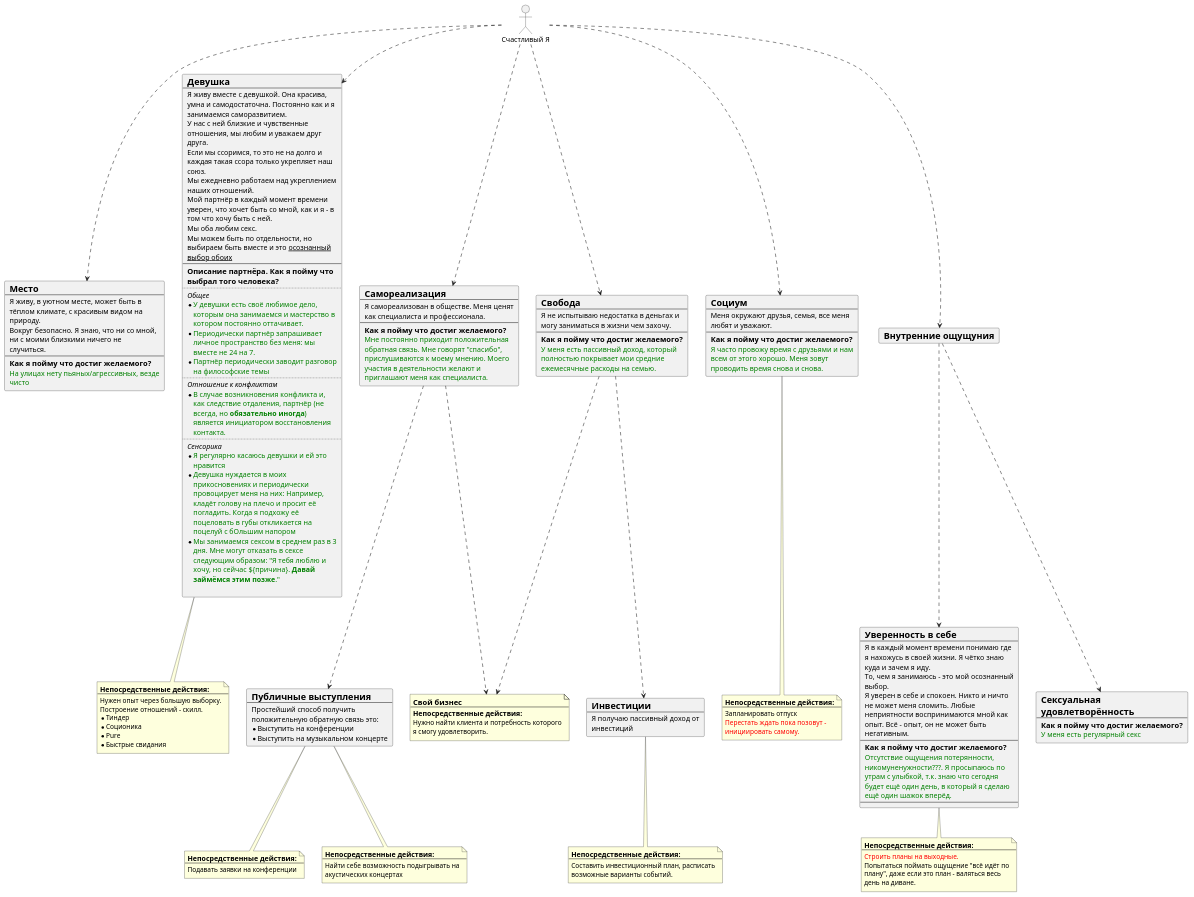
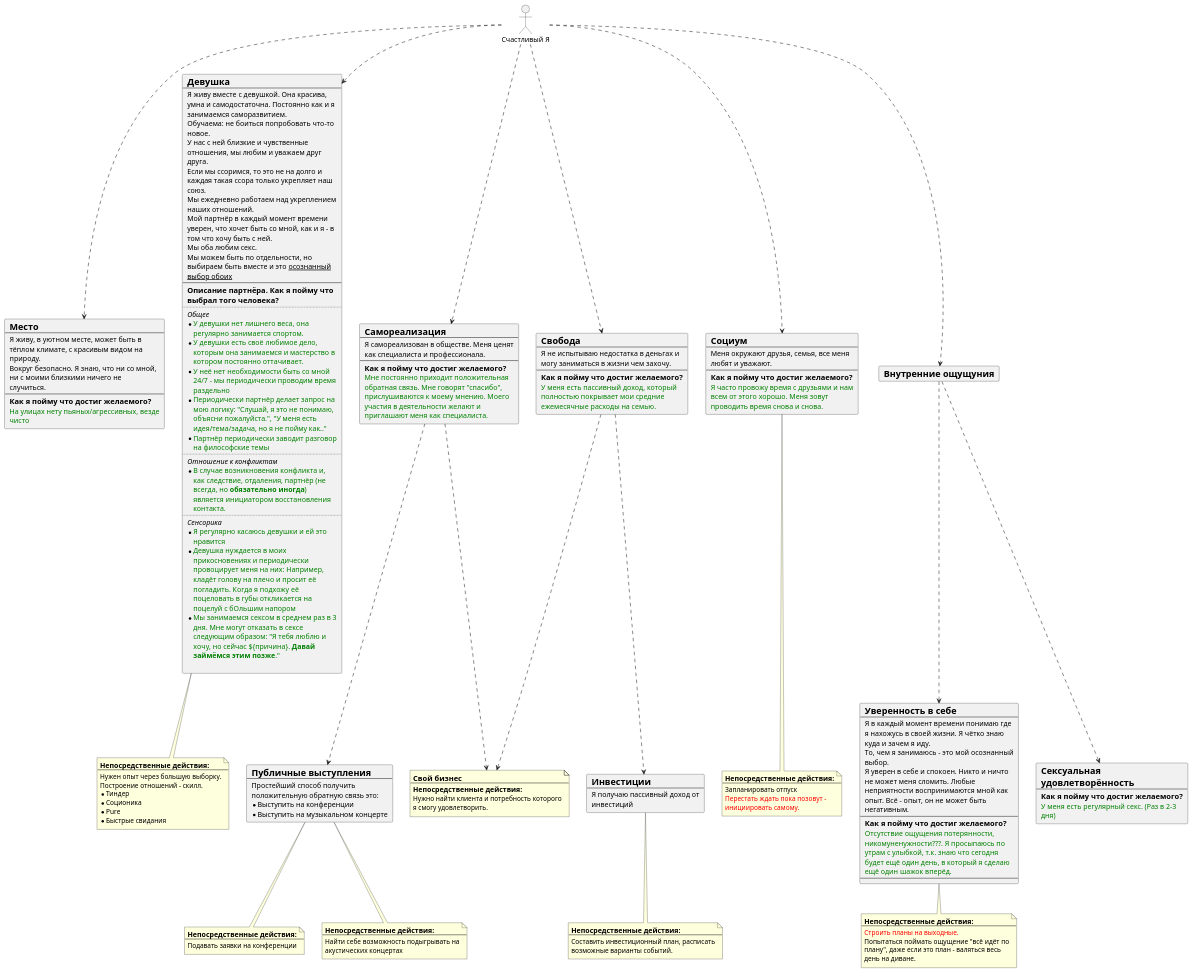
Before and after one commit to roasher/project-life: the diagram in docs/life.puml, drawn with PlantUML.

Commit message:
iteration

```diff
--- a/docs/life.puml
+++ b/docs/life.puml
@@ -1,169 +1,172 @@
 @startuml
 skinparam wrapWidth 300
 actor Happy_Me as "Счастливый Я"
 
 card Environment [
 =Место
 ----
 Я живу, в уютном месте, может быть в тёплом климате, с красивым видом на природу.
 Вокруг безопасно. Я знаю, что ни со мной, ни с моими близкими ничего не случиться.
 ----
 ===Как я пойму что достиг желаемого?
 <color:green>На улицах нету пьяных/агрессивных, везде чисто</color>
 ]
 
 card Girlfriend [
 =Девушка
 ----
 Я живу вместе с девушкой. Она красива, умна и самодостаточна. Постоянно как и я занимаемся саморазвитием.
+Обучаема: не боиться попробовать что-то новое.
 У нас с ней близкие и чувственные отношения, мы любим и уважаем друг друга.
 Если мы ссоримся, то это не на долго и каждая такая ссора только укрепляет наш союз.
 Мы ежедневно работаем над укреплением наших отношений.
 Мой партнёр в каждый момент времени уверен, что хочет быть со мной, как и я - в том что хочу быть с ней.
 Мы оба любим секс.
 Мы можем быть по отдельности, но выбираем быть вместе и это <u>осознанный выбор обоих</u>
 ----
 ===Описание партнёра. Как я пойму что выбрал того человека?
 ....
 ====Общее
+* <color:green>У девушки нет лишнего веса, она регулярно занимается спортом.</color>
 * <color:green>У девушки есть своё любимое дело, которым она занимаемся и мастерство в котором постоянно оттачивает.</color>
-* <color:green>Периодически партнёр запрашивает личное пространство без меня: мы вместе не 24 на 7.</color>
+* <color:green>У неё нет необходимости быть со мной 24/7 - мы периодически проводим время раздельно</color>
+* <color:green>Периодически партнёр делает запрос на мою логику: "Слушай, я это не понимаю, объясни пожалуйста.", "У меня есть идея/тема/задача, но я не пойму как.."</color>
 * <color:green>Партнёр периодически заводит разговор на философские темы</color>
 ....
 ====Отношение к конфликтам
-* <color:green>В случае возникновения конфликта и, как следствие отдаления, партнёр (не всегда, но **обязательно иногда**) является инициатором восстановления контакта.</color>
+* <color:green>В случае возникновения конфликта и, как следствие, отдаления, партнёр (не всегда, но **обязательно иногда**) является инициатором восстановления контакта.</color>
 ....
 ====Сенсорика
 * <color:green>Я регулярно касаюсь девушки и ей это нравится</color>
 * <color:green>Девушка нуждается в моих прикосновениях и периодически провоцирует меня на них: Например, кладёт голову на плечо и просит её погладить. Когда я подхожу её поцеловать в губы откликается на поцелуй с бОльшим напором</color>
 * <color:green>Мы занимаемся сексом в среднем раз в 3 дня. Мне могут отказать в сексе следующим образом: "Я тебя люблю и хочу, но сейчас ${причина}. **Давай займёмся этим позже**."</color>
 
 ]
 
 note bottom of Girlfriend
 ===Непосредственные действия:
 ----
 Нужен опыт через большую выборку. Построение отношений - скилл.
 * Тиндер
 * Соционика
 * Pure
 * Быстрые свидания
 end note
 
 card SelfRealisation [
 =Самореализация
 ----
 Я самореализован в обществе. Меня ценят как специалиста и профессионала.
 ----
 ===Как я пойму что достиг желаемого?
 <color:green>Мне постоянно приходит положительная обратная связь. Мне говорят "спасибо", прислушиваются к моему мнению. Моего участия в деятельности желают и приглашают меня как специалиста.</color>
 ]
 
 card PublicSpeaking [
 =Публичные выступления
 ----
 Простейший способ получить положительную обратную связь это:
 * Выступить на конференции
 * Выступить на музыкальном концерте
 ]
 
 note bottom of PublicSpeaking
 ===Непосредственные действия:
 ----
 Подавать заявки на конференции
 end note
 
 note bottom of PublicSpeaking
 ===Непосредственные действия:
 ----
 Найти себе возможность подыгрывать на акустических концертах
 end note
 
 card Freedom [
 =Свобода
 ----
 Я не испытываю недостатка в деньгах и могу заниматься в жизни чем захочу.
 ----
 ===Как я пойму что достиг желаемого?
 <color:green>У меня есть пассивный доход, который полностью покрывает мои средние ежемесячные расходы на семью.</color>
 ]
 
 card Social [
 =Социум
 ----
 Меня окружают друзья, семья, все меня любят и уважают.
 ----
 ===Как я пойму что достиг желаемого?
 <color:green>Я часто провожу время с друзьями и нам всем от этого хорошо. Меня зовут проводить время снова и снова.</color>
 ]
 
 note bottom of Social
 ===Непосредственные действия:
 ----
 Запланировать отпуск
 <color:red>Перестать ждать пока позовут - инициировать самому.</color>
 end note
 
 card Investing [
 =Инвестиции
 ----
 Я получаю пассивный доход от инвестиций
 ]
 
 note bottom of Investing
 ===Непосредственные действия:
 ----
 Составить инвестиционный план, расписать возможные варианты событий.
 end note
 
 note as Business
 ==Свой бизнес
 ---
 ===Непосредственные действия:
 Нужно найти клиента и потребность которого я смогу удовлетворить.
 end note
 
 card InnerFeelings [
 =Внутренние ощущуния
 ]
 
 card SelfConfidence [
 =Уверенность в себе
 ----
 Я в каждый момент времени понимаю где я нахожусь в своей жизни. Я чётко знаю куда и зачем я иду.
 То, чем я занимаюсь - это мой осознанный выбор.
 Я уверен в себе и спокоен. Никто и ничто не может меня сломить. Любые неприятности воспринимаются мной как опыт. Всё - опыт, он не может быть негативным.
 ----
 ===Как я пойму что достиг желаемого?
 <color:green>Отсутствие ощущения потерянности, никомуненужности???. Я просыпаюсь по утрам с улыбкой, т.к. знаю что сегодня будет ещё один день, в который я сделаю ещё один шажок вперёд.</color>
 ----
 ]
 
 note bottom
 ===Непосредственные действия:
 ----
 <color:red>Строить планы на выходные.</color>
 Попытаться поймать ощущение "всё идёт по плану", даже если это план - валяться весь день на диване.
 end note
 
 card Sex [
 =Сексуальная удовлетворённость
 ----
 ===Как я пойму что достиг желаемого?
-<color:green>У меня есть регулярный секс</color>
+<color:green>У меня есть регулярный секс. (Раз в 2-3 дня)</color>
 ]
 
 Happy_Me .-> Environment
 Happy_Me .-> Girlfriend
 Happy_Me .-> SelfRealisation
 Happy_Me .-> Social
 Happy_Me .-> Freedom
 Freedom .-> Investing
 Freedom .-> Business
 SelfRealisation .-> Business
 SelfRealisation .-> PublicSpeaking
 Happy_Me .-> InnerFeelings
 InnerFeelings .-> SelfConfidence
 InnerFeelings .-> Sex
 
 @enduml
```
